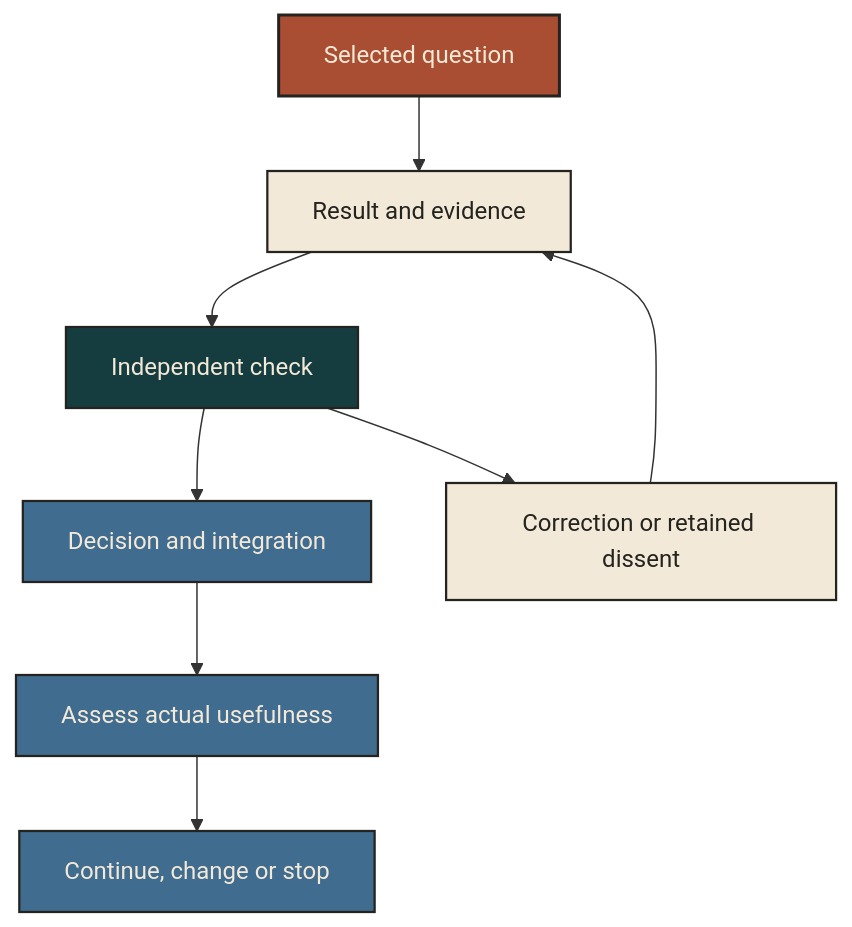
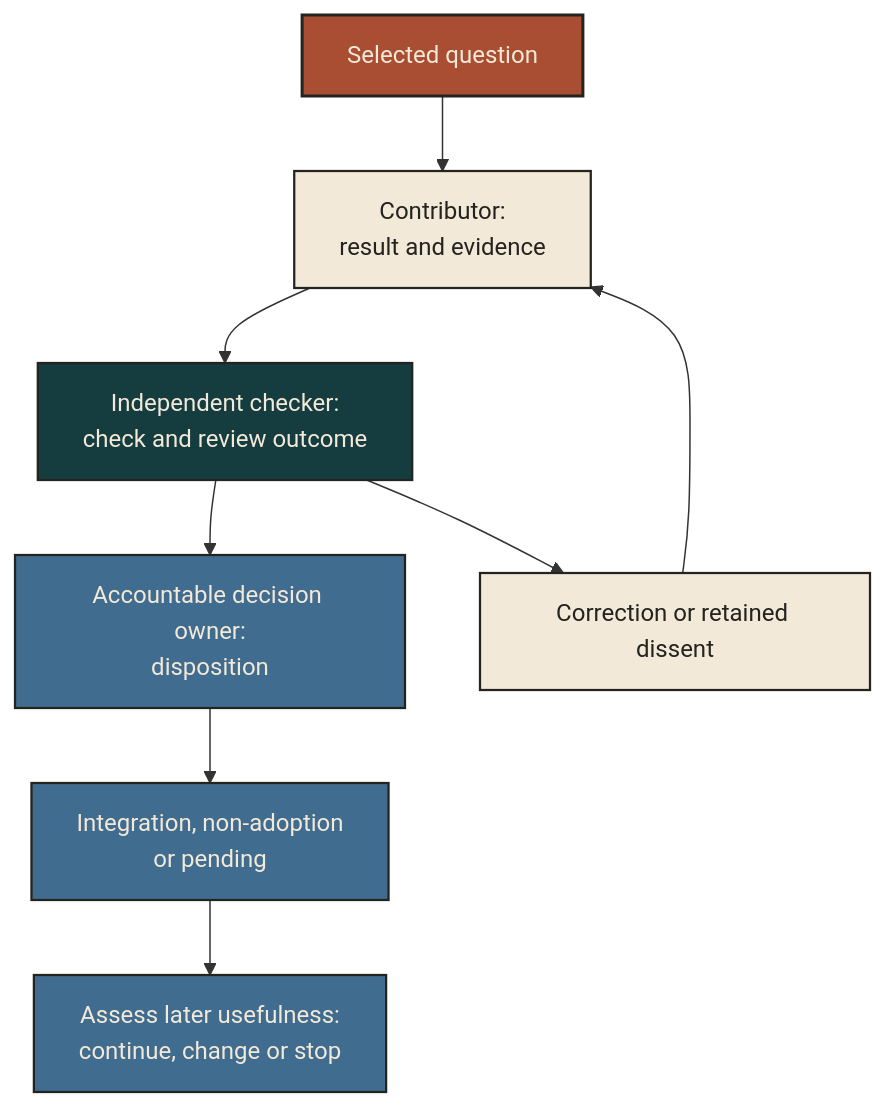
The diagram in README.md (universal-altruism/distributed-proof-of-contribution), drawn with Mermaid before and after one commit. The commit also changed other lines of this file, not shown here.

Commit message:
docs: distinguish contribution review, disposition and usefulness
Why: Make existing public distinctions easier to inspect without adding new empirical or operational claims.

Verification: Four Mermaid diagrams rendered locally in light and dark themes; independent content review passed; outgoing changes limited to approved public documents.

Risks/follow-ups: GitHub rendering is checked after publication; mobile rendering is not exhaustively qualified.

````diff
--- a/README.md
+++ b/README.md
@@ -15,18 +15,18 @@
 ```mermaid
 flowchart TD
-    Q[Selected question] --> R[Result and evidence]
-    R --> C[Independent check]
-    C --> D[Decision and integration]
-    D --> U[Assess actual usefulness]
+    Q[Selected question] --> R[Contributor:<br/>result and evidence]
+    R --> C[Independent checker:<br/>check and review outcome]
+    C --> D[Accountable decision owner:<br/>disposition]
+    D --> I[Integration, non-adoption<br/>or pending]
+    I --> U[Assess later usefulness:<br/>continue, change or stop]
     C --> X[Correction or retained dissent]
     X --> R
-    U --> N[Continue, change or stop]
     classDef question fill:#A94E32,stroke:#25231F,color:#F2E9D8,stroke-width:2px;
     classDef record fill:#F2E9D8,stroke:#25231F,color:#25231F,stroke-width:1.5px;
     classDef check fill:#153D40,stroke:#25231F,color:#F2E9D8,stroke-width:1.5px;
     classDef decision fill:#406C90,stroke:#25231F,color:#F2E9D8,stroke-width:1.5px;
     class Q question;
     class R,X record;
     class C check;
-    class D,U,N decision;
+    class D,I,U decision;
 ```
````
